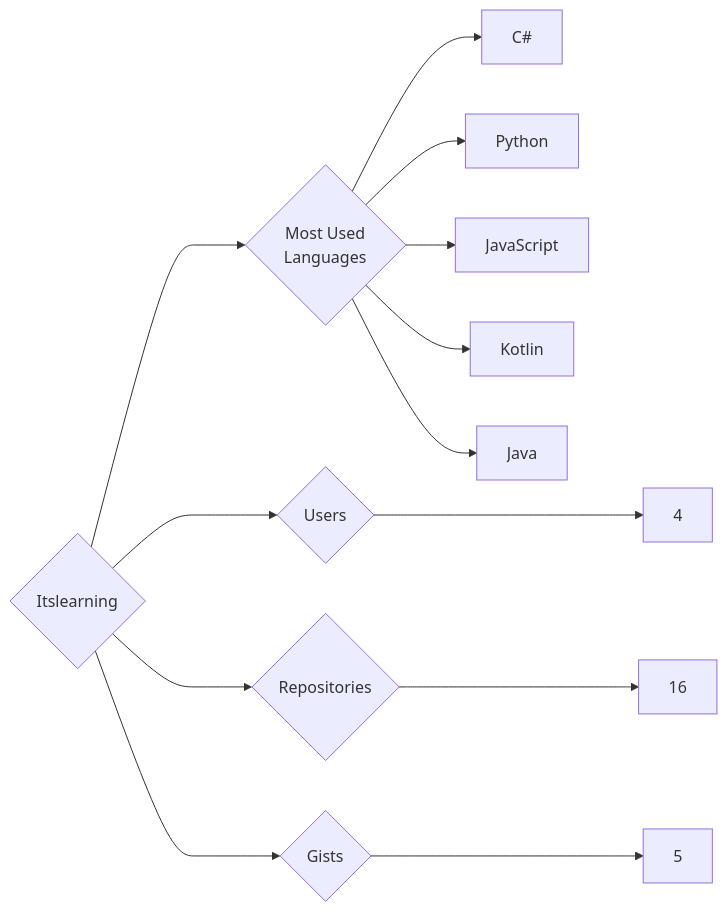
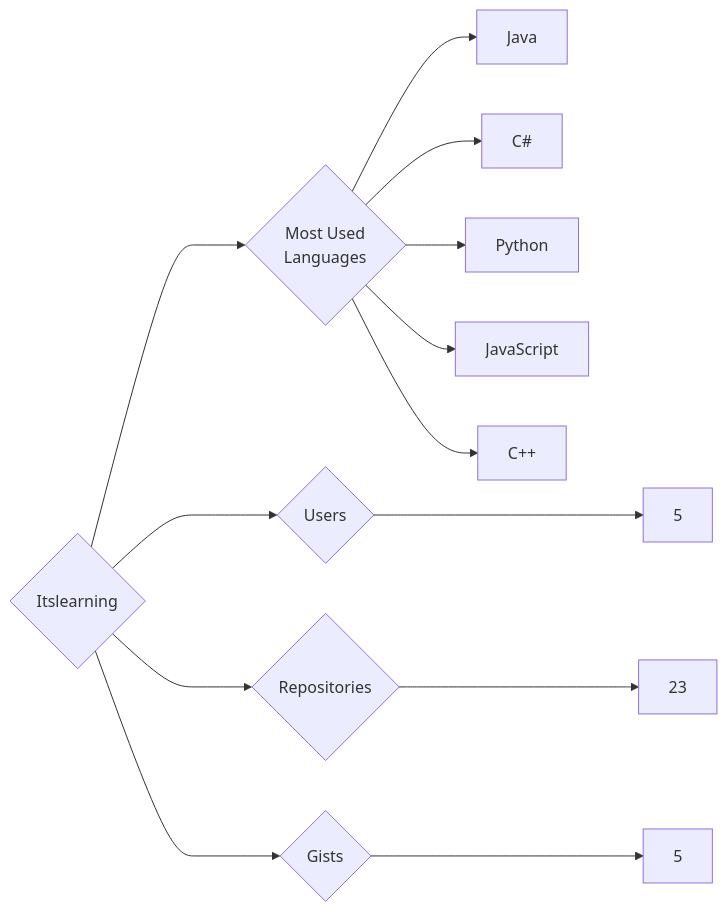
The diagram in targets/Itslearning/README.md (trickest/insiders), drawn with Mermaid before and after one commit. The commit also changed 1084 other files, not shown here.

````diff
--- a/targets/Itslearning/README.md
+++ b/targets/Itslearning/README.md
@@ -3,13 +3,13 @@
 ```mermaid
 graph LR
 COMPANY_NAME{Itslearning}
-COMPANY_NAME ---> U{Users} ---> UN[4]
-COMPANY_NAME ---> R{Repositories} ---> RN[16]
+COMPANY_NAME ---> U{Users} ---> UN[5]
+COMPANY_NAME ---> R{Repositories} ---> RN[23]
 COMPANY_NAME ---> G{Gists} ---> GN[5]
 COMPANY_NAME ---> ML{Most Used<br>Languages}
+ML --> Java[Java]
 ML --> C#[C#]
 ML --> Python[Python]
 ML --> JavaScript[JavaScript]
-ML --> Kotlin[Kotlin]
-ML --> Java[Java]
+ML --> C++[C++]
 ```
````
